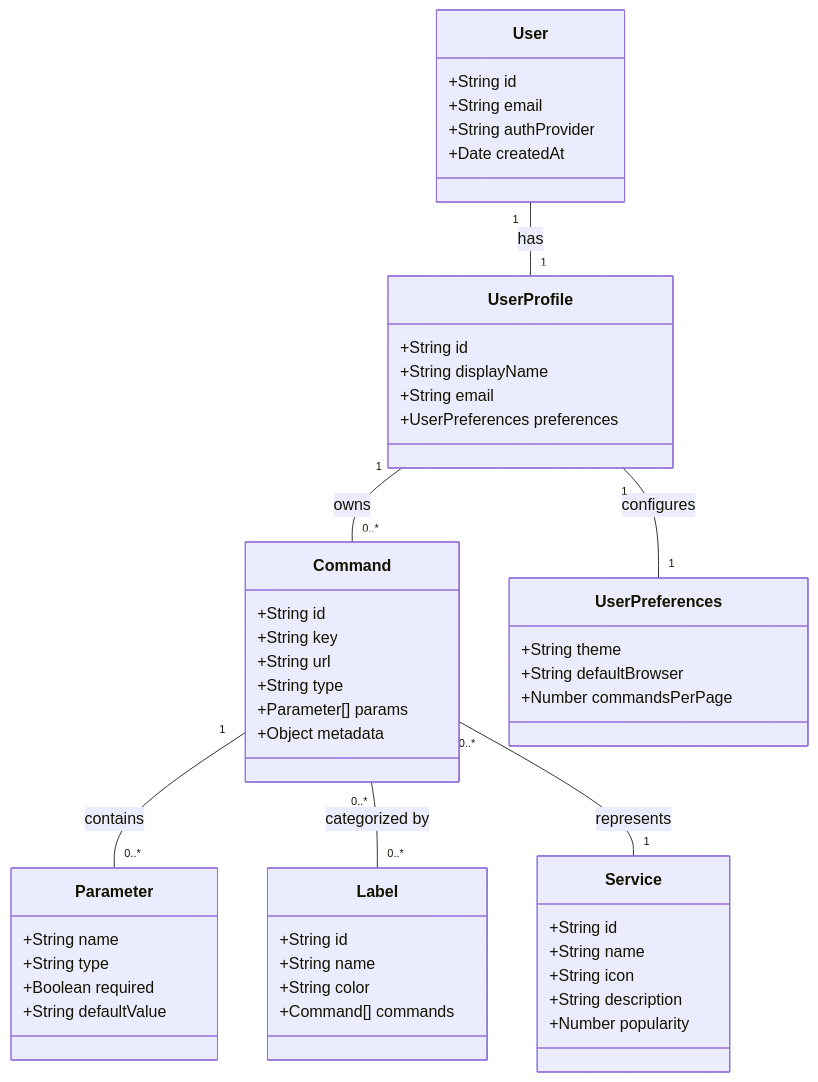
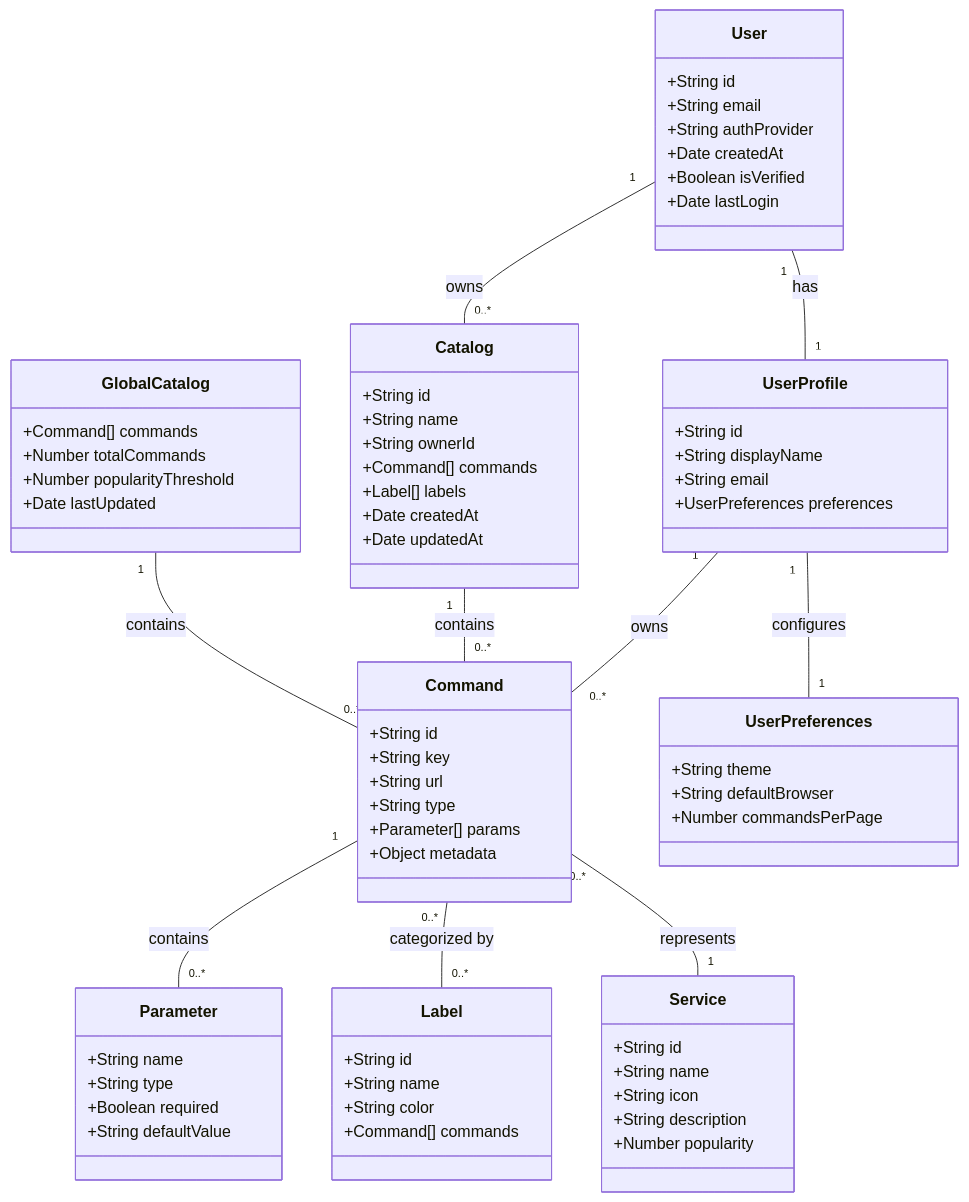
Before and after one commit to m3au/meows: diagram 11 of 12 in index.md, drawn with Mermaid. The commit also changed other lines of this file and 3 other files, not shown here.

````diff
--- a/index.md
+++ b/index.md
@@ -600,60 +611,82 @@
 ```mermaid
 classDiagram
     Command "1" -- "0..*" Parameter: contains
     Command "0..*" -- "0..*" Label: categorized by
     Command "0..*" -- "1" Service: represents
     User "1" -- "1" UserProfile: has
+    User "1" -- "0..*" Catalog: owns
     UserProfile "1" -- "0..*" Command: owns
     UserProfile "1" -- "1" UserPreferences: configures
+    Catalog "1" -- "0..*" Command: contains
+    GlobalCatalog "1" -- "0..*" Command: contains
 
     class Command {
         +String id
         +String key
         +String url
         +String type
         +Parameter[] params
         +Object metadata
     }
 
     class Service {
         +String id
         +String name
         +String icon
         +String description
         +Number popularity
     }
 
     class Label {
         +String id
         +String name
         +String color
         +Command[] commands
     }
 
     class UserProfile {
         +String id
         +String displayName
         +String email
         +UserPreferences preferences
     }
 
     class UserPreferences {
         +String theme
         +String defaultBrowser
         +Number commandsPerPage
     }
 
     class Parameter {
         +String name
         +String type
         +Boolean required
         +String defaultValue
     }
 
     class User {
         +String id
         +String email
         +String authProvider
         +Date createdAt
+        +Boolean isVerified
+        +Date lastLogin
+    }
+
+    class Catalog {
+        +String id
+        +String name
+        +String ownerId
+        +Command[] commands
+        +Label[] labels
+        +Date createdAt
+        +Date updatedAt
+    }
+
+    class GlobalCatalog {
+        +Command[] commands
+        +Number totalCommands
+        +Number popularityThreshold
+        +Date lastUpdated
     }
 ```
````
